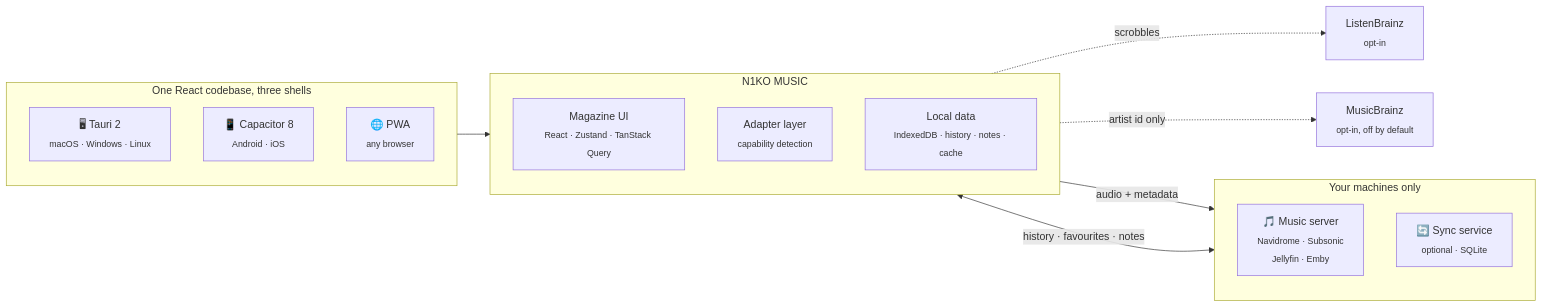
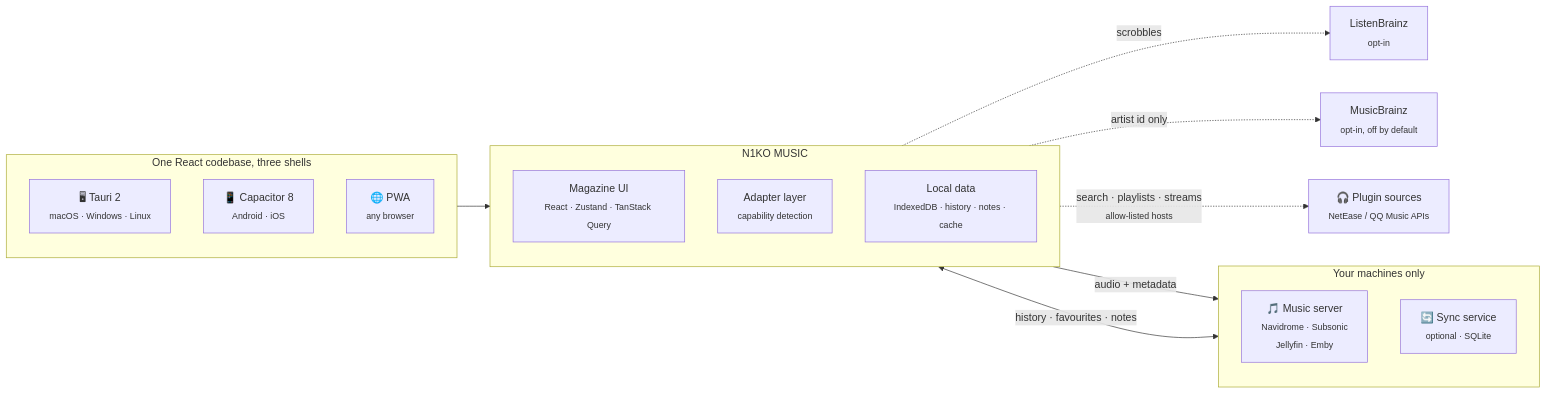
Before and after one commit to baogutang/N1KO-MUSIC: the diagram in README.md, drawn with Mermaid. The commit also changed other lines of this file and 27 other files, not shown here.

````diff
--- a/README.md
+++ b/README.md
@@ -231,31 +301,33 @@
 ```mermaid
 flowchart LR
     subgraph shells["One React codebase, three shells"]
         direction TB
         D["🖥 Tauri 2<br/><sub>macOS · Windows · Linux</sub>"]
         M["📱 Capacitor 8<br/><sub>Android · iOS</sub>"]
         W["🌐 PWA<br/><sub>any browser</sub>"]
     end
 
     subgraph app["N1KO MUSIC"]
         direction TB
         UI["Magazine UI<br/><sub>React · Zustand · TanStack Query</sub>"]
         AD["Adapter layer<br/><sub>capability detection</sub>"]
         LO["Local data<br/><sub>IndexedDB · history · notes · cache</sub>"]
     end
 
     subgraph yours["Your machines only"]
         direction TB
         S["🎵 Music server<br/><sub>Navidrome · Subsonic<br/>Jellyfin · Emby</sub>"]
         B["🔄 Sync service<br/><sub>optional · SQLite</sub>"]
     end
 
     shells --> app
     AD -->|"audio + metadata"| S
     LO <-->|"history · favourites · notes"| B
 
     LB["ListenBrainz<br/><sub>opt-in</sub>"]
     MB["MusicBrainz<br/><sub>opt-in, off by default</sub>"]
+    P["🎧 Plugin sources<br/><sub>NetEase / QQ Music APIs</sub>"]
     LO -.->|"scrobbles"| LB
     AD -.->|"artist id only"| MB
+    AD -.->|"search · playlists · streams<br/><sub>allow-listed hosts</sub>"| P
 ```
````
